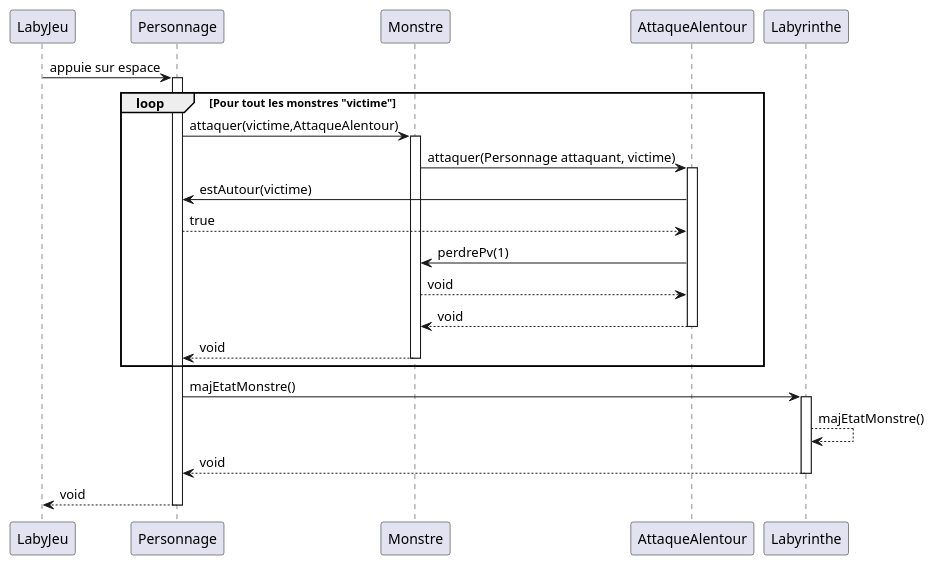
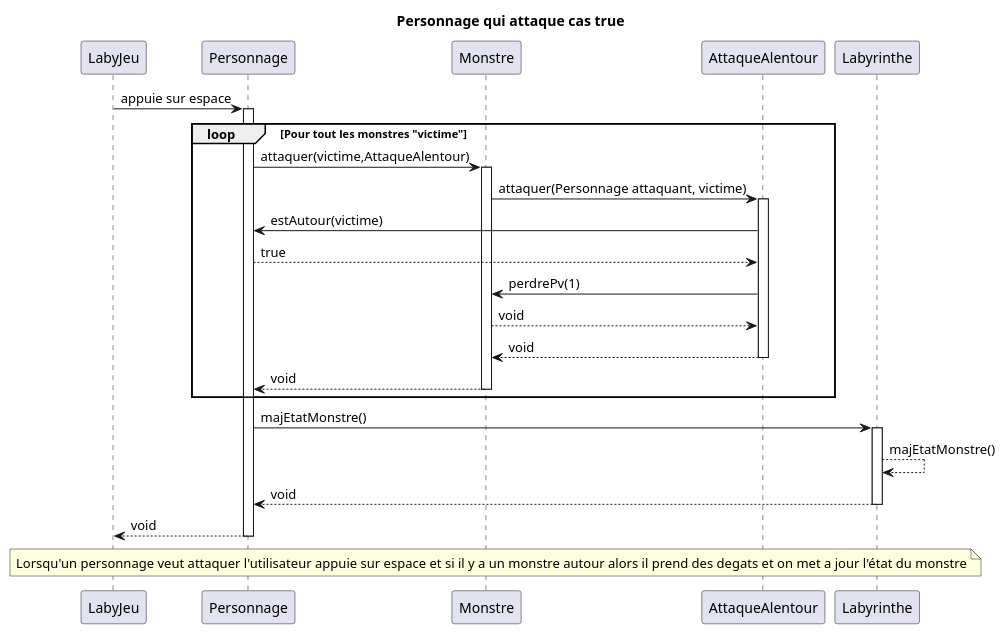
One commit to LukaSalvo/SAE2024 changed the diagram in zeldiablo/documents/version_4/diagseq_attaquerAlentourReussi.puml. Above: the diagram before and after it, drawn with PlantUML. The commit also changed 5 other files, not shown here.

```diff
--- a/zeldiablo/documents/version_4/diagseq_attaquerAlentourReussi.puml
+++ b/zeldiablo/documents/version_4/diagseq_attaquerAlentourReussi.puml
@@ -1,30 +1,34 @@
 @startuml
 participant LabyJeu
 participant Personnage
 participant Monstre
+title : Personnage qui attaque cas true
 LabyJeu -> Personnage : appuie sur espace
 activate Personnage
 loop Pour tout les monstres "victime"
     Personnage -> Monstre : attaquer(victime,AttaqueAlentour)
 
     activate Monstre
     Monstre -> "AttaqueAlentour" : attaquer(Personnage attaquant, victime)
     activate "AttaqueAlentour"
     "AttaqueAlentour" -> Personnage : estAutour(victime)
     Personnage --> "AttaqueAlentour" : true
     "AttaqueAlentour" -> Monstre : perdrePv(1)
     Monstre --> AttaqueAlentour : void
     "AttaqueAlentour" --> Monstre : void
     deactivate "AttaqueAlentour"
     Monstre --> Personnage : void
     deactivate Monstre
 end
 Personnage -> "Labyrinthe" : majEtatMonstre()
 activate "Labyrinthe"
 "Labyrinthe" --> "Labyrinthe" : majEtatMonstre()
 
 "Labyrinthe" --> "Personnage" : void
 deactivate "Labyrinthe"
 Personnage --> LabyJeu : void
 deactivate Personnage
+note across
+Lorsqu'un personnage veut attaquer l'utilisateur appuie sur espace et si il y a un monstre autour alors il prend des degats et on met a jour l'état du monstre
+end note
 @enduml
```
